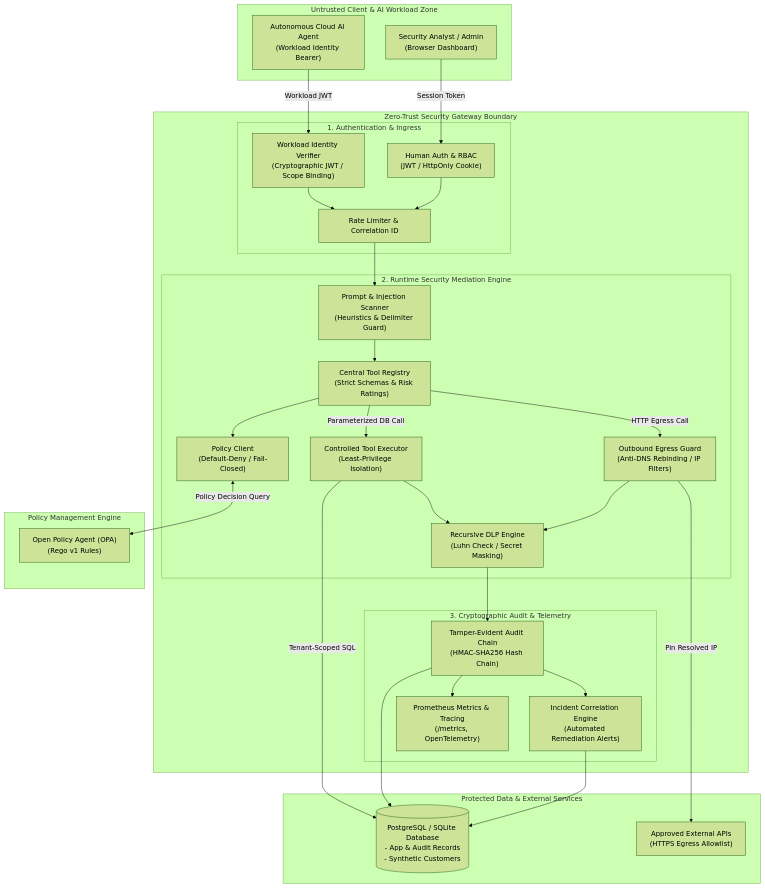
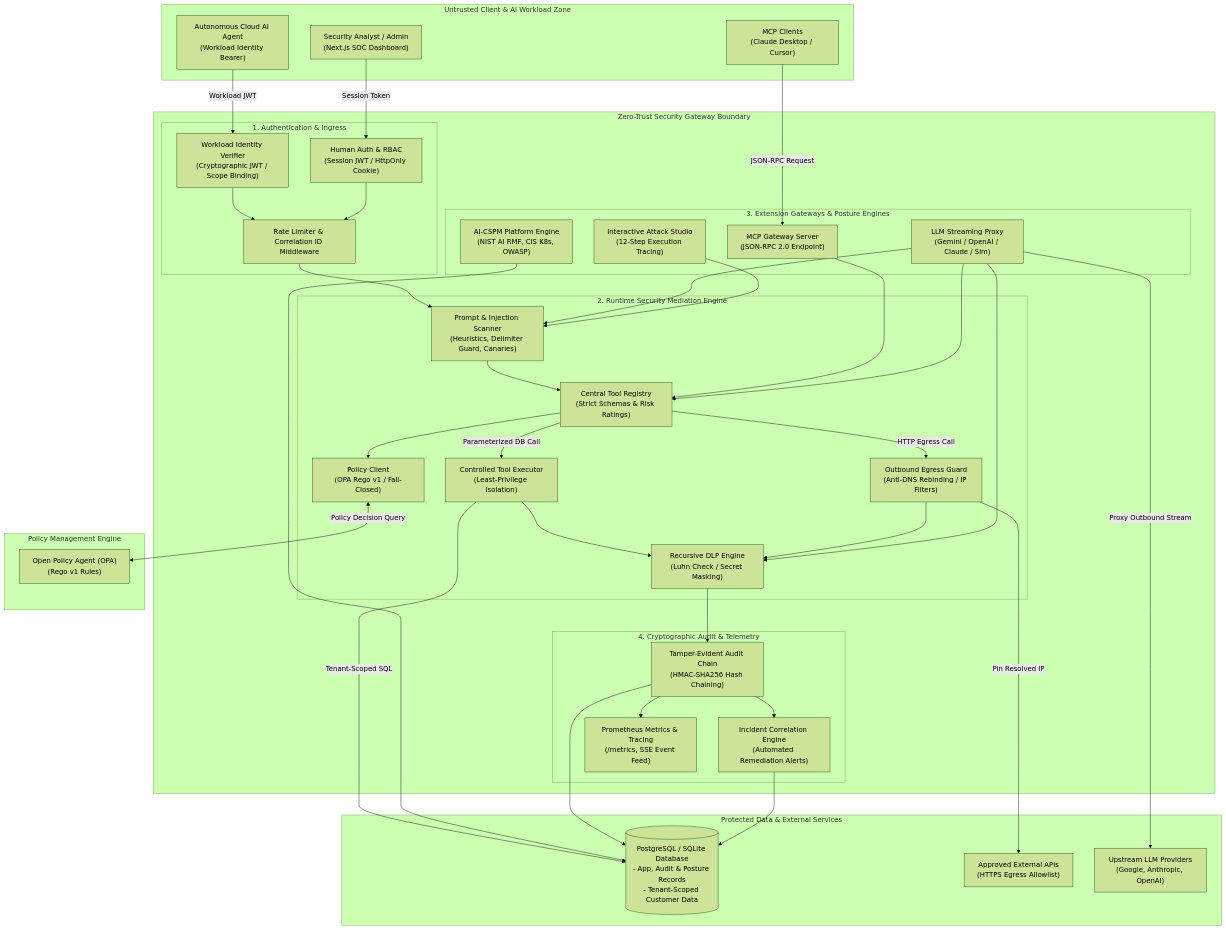
One commit to Gaganbtech/Zero-Trust-AI-Gateway changed the diagram in docs/architecture.md. Above: the diagram before and after it, drawn with Mermaid (forest theme). The commit also changed other lines of this file and 4 other files, not shown here.

Commit message:
docs: synchronize documentation with AI-CSPM platform, MCP gateway, attack studio, and 108 test suite

````diff
--- a/docs/architecture.md
+++ b/docs/architecture.md
@@ -9,30 +9,38 @@
 ```mermaid
 flowchart TD
     subgraph Client_Zone["Untrusted Client & AI Workload Zone"]
-        Operator["Security Analyst / Admin\n(Browser Dashboard)"]
+        Operator["Security Analyst / Admin\n(Next.js SOC Dashboard)"]
         Agent["Autonomous Cloud AI Agent\n(Workload Identity Bearer)"]
+        MCPClient["MCP Clients\n(Claude Desktop / Cursor)"]
     end
 
     subgraph Gateway_Boundary["Zero-Trust Security Gateway Boundary"]
-        subgraph Auth_Ingress["1. Authentication & Ingress"]
+        subgraph Ingress_Layer["1. Authentication & Ingress"]
             WorkloadVerifier["Workload Identity Verifier\n(Cryptographic JWT / Scope Binding)"]
-            HumanSession["Human Auth & RBAC\n(JWT / HttpOnly Cookie)"]
-            RateLimit["Rate Limiter & Correlation ID"]
+            HumanSession["Human Auth & RBAC\n(Session JWT / HttpOnly Cookie)"]
+            RateLimit["Rate Limiter & Correlation ID Middleware"]
         end
 
         subgraph Security_Mediation["2. Runtime Security Mediation Engine"]
-            InputScanner["Prompt & Injection Scanner\n(Heuristics & Delimiter Guard)"]
+            InputScanner["Prompt & Injection Scanner\n(Heuristics, Delimiter Guard, Canaries)"]
             ToolRegistry["Central Tool Registry\n(Strict Schemas & Risk Ratings)"]
-            OPAEvaluator["Policy Client\n(Default-Deny / Fail-Closed)"]
+            OPAEvaluator["Policy Client\n(OPA Rego v1 / Fail-Closed)"]
             ExecutionGuard["Controlled Tool Executor\n(Least-Privilege Isolation)"]
             SSRFGuard["Outbound Egress Guard\n(Anti-DNS Rebinding / IP Filters)"]
             DLPProcessor["Recursive DLP Engine\n(Luhn Check / Secret Masking)"]
         end
 
-        subgraph Persistence_Audit["3. Cryptographic Audit & Telemetry"]
-            TamperChain["Tamper-Evident Audit Chain\n(HMAC-SHA256 Hash Chain)"]
+        subgraph Specialized_Engines["3. Extension Gateways & Posture Engines"]
+            LLMProxy["LLM Streaming Proxy\n(Gemini / OpenAI / Claude / Sim)"]
+            MCPGateway["MCP Gateway Server\n(JSON-RPC 2.0 Endpoint)"]
+            AttackStudio["Interactive Attack Studio\n(12-Step Execution Tracing)"]
+            CSPMPlatform["AI-CSPM Platform Engine\n(NIST AI RMF, CIS K8s, OWASP)"]
+        end
+
+        subgraph Persistence_Audit["4. Cryptographic Audit & Telemetry"]
+            TamperChain["Tamper-Evident Audit Chain\n(HMAC-SHA256 Hash Chaining)"]
             IncidentDetector["Incident Correlation Engine\n(Automated Remediation Alerts)"]
-            Telemetry["Prometheus Metrics & Tracing\n(/metrics, OpenTelemetry)"]
+            Telemetry["Prometheus Metrics & Tracing\n(/metrics, SSE Event Feed)"]
         end
     end
 
@@ -41,12 +49,14 @@
     end
 
     subgraph Data_Tier["Protected Data & External Services"]
-        PostgresDB[("PostgreSQL / SQLite Database\n- App & Audit Records\n- Synthetic Customers")]
+        PostgresDB[("PostgreSQL / SQLite Database\n- App, Audit & Posture Records\n- Tenant-Scoped Customer Data")]
         ApprovedAPIs["Approved External APIs\n(HTTPS Egress Allowlist)"]
+        LLMProviders["Upstream LLM Providers\n(Google, Anthropic, OpenAI)"]
     end
 
     Operator -->|Session Token| HumanSession
     Agent -->|Workload JWT| WorkloadVerifier
+    MCPClient -->|JSON-RPC Request| MCPGateway
     
     WorkloadVerifier --> RateLimit
     HumanSession --> RateLimit
@@ -61,9 +71,17 @@
     
     ToolRegistry -->|HTTP Egress Call| SSRFGuard
     SSRFGuard -->|Pin Resolved IP| ApprovedAPIs
+
+    MCPGateway --> ToolRegistry
+    LLMProxy --> InputScanner
+    LLMProxy -->|Proxy Outbound Stream| LLMProviders
+    LLMProxy --> ToolRegistry
+    AttackStudio --> InputScanner
+    CSPMPlatform --> PostgresDB
     
     ExecutionGuard --> DLPProcessor
     SSRFGuard --> DLPProcessor
+    LLMProxy --> DLPProcessor
     
     DLPProcessor --> TamperChain
     TamperChain --> PostgresDB
````
